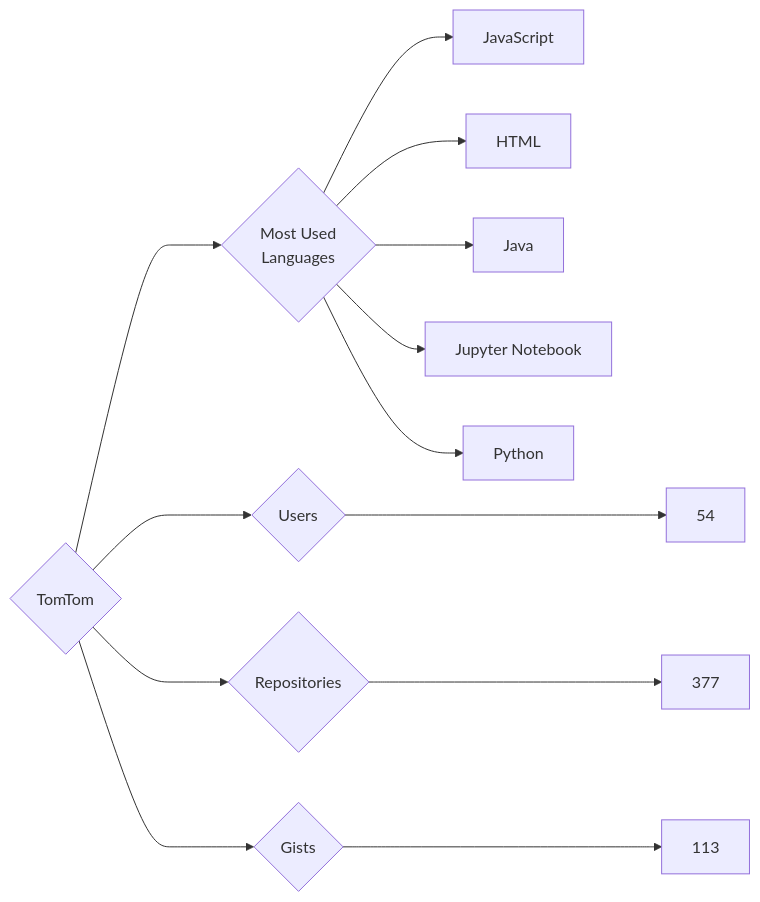
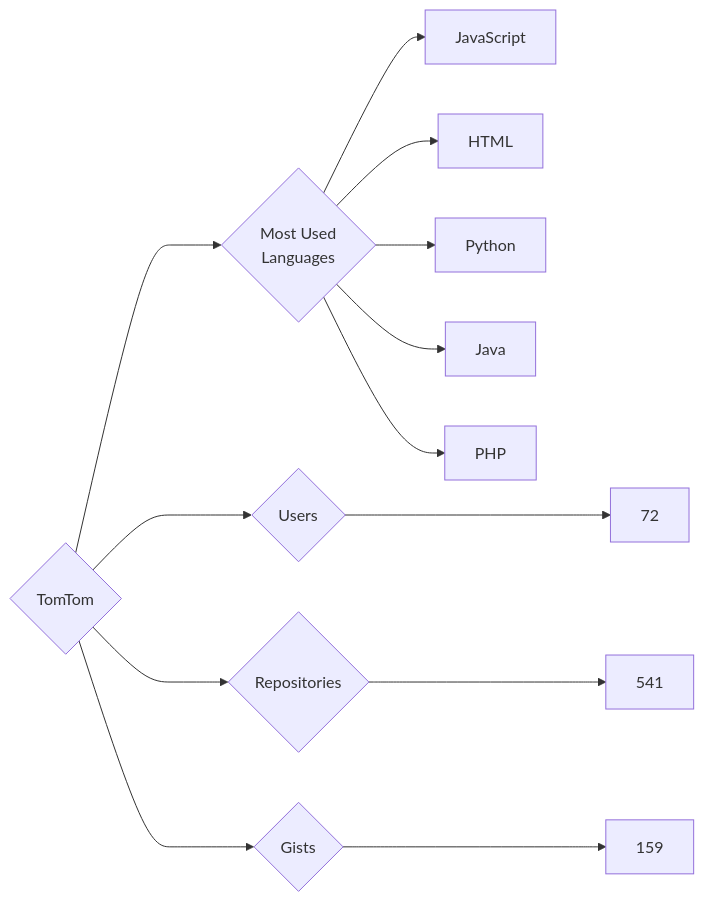
Before and after one commit to trickest/insiders: the diagram in targets/TomTom/README.md, drawn with Mermaid. The commit also changed 773 other files, not shown here.

````diff
--- a/targets/TomTom/README.md
+++ b/targets/TomTom/README.md
@@ -3,13 +3,13 @@
 ```mermaid
 graph LR
 COMPANY_NAME{TomTom}
-COMPANY_NAME ---> U{Users} ---> UN[54]
-COMPANY_NAME ---> R{Repositories} ---> RN[377]
-COMPANY_NAME ---> G{Gists} ---> GN[113]
+COMPANY_NAME ---> U{Users} ---> UN[72]
+COMPANY_NAME ---> R{Repositories} ---> RN[541]
+COMPANY_NAME ---> G{Gists} ---> GN[159]
 COMPANY_NAME ---> ML{Most Used<br>Languages}
 ML --> JavaScript[JavaScript]
 ML --> HTML[HTML]
+ML --> Python[Python]
 ML --> Java[Java]
-ML --> Jupyter_Notebook[Jupyter Notebook]
-ML --> Python[Python]
+ML --> PHP[PHP]
 ```
````
